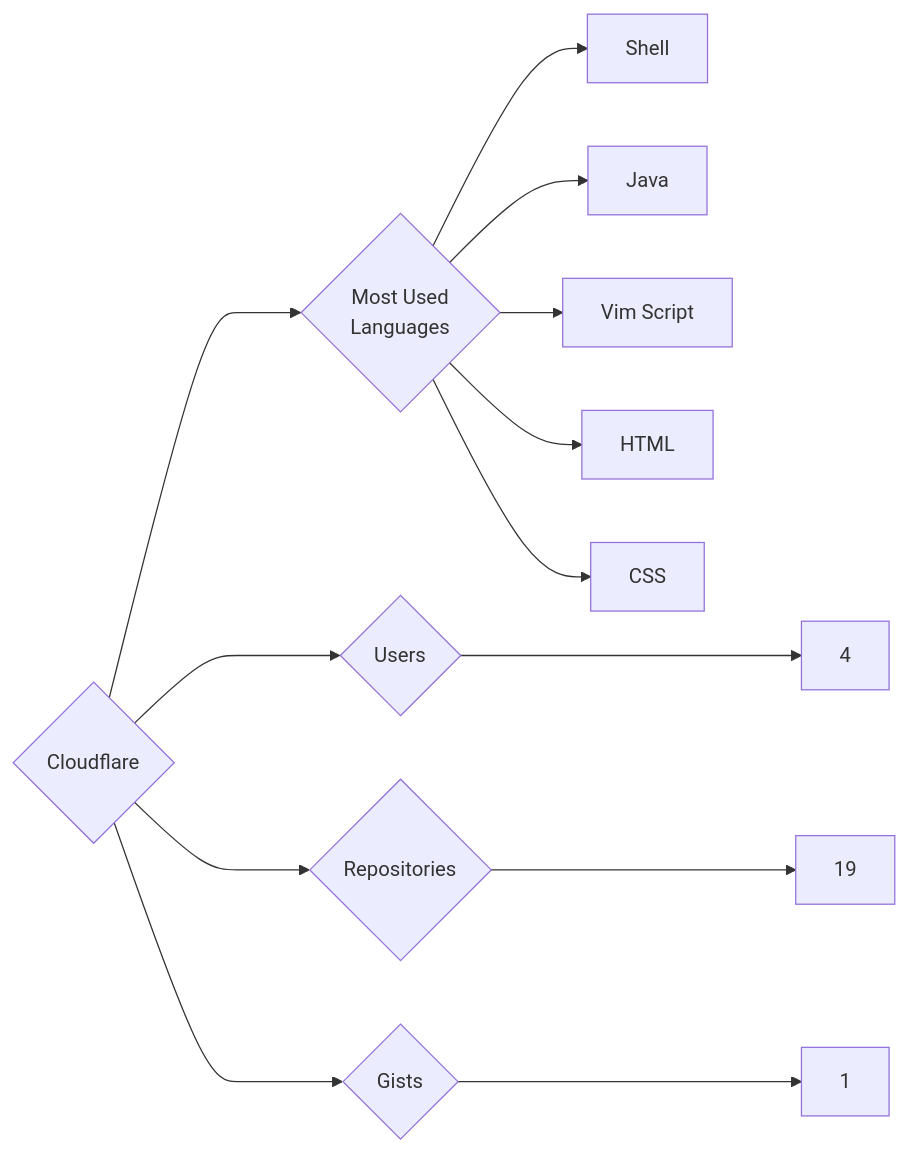
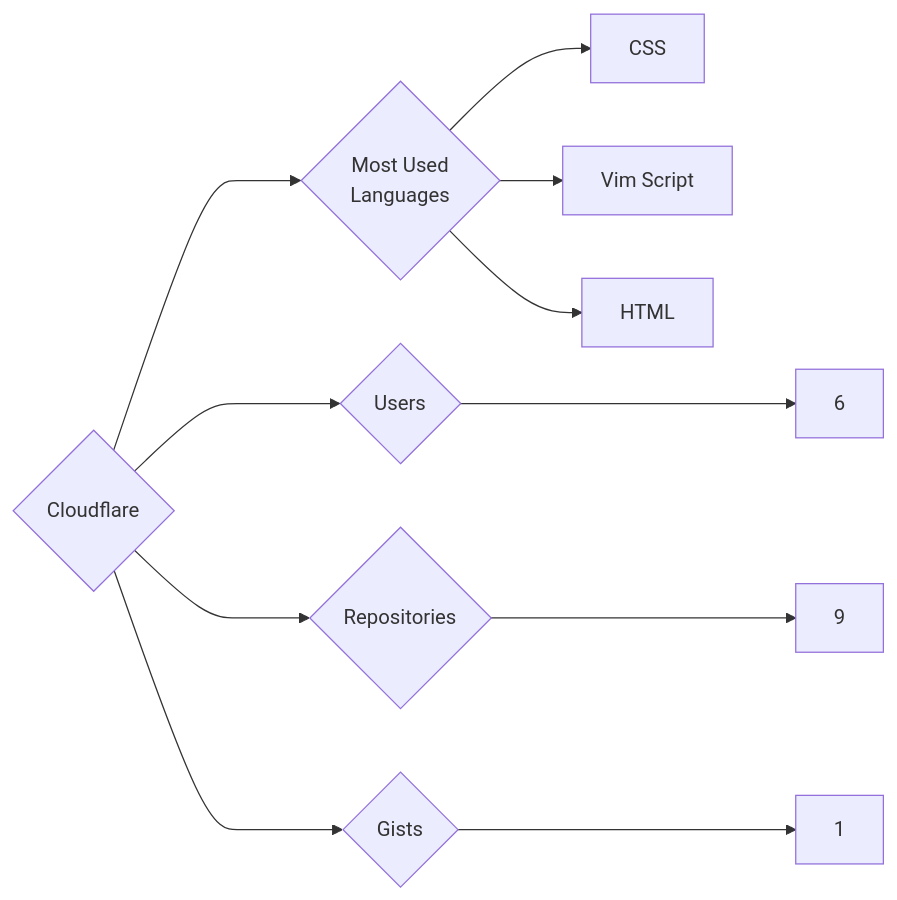
Before and after one commit to trickest/insiders: the diagram in targets/Cloudflare/README.md, drawn with Mermaid. The commit also changed 985 other files, not shown here.

````diff
--- a/targets/Cloudflare/README.md
+++ b/targets/Cloudflare/README.md
@@ -3,13 +3,11 @@
 ```mermaid
 graph LR
 COMPANY_NAME{Cloudflare}
-COMPANY_NAME ---> U{Users} ---> UN[4]
-COMPANY_NAME ---> R{Repositories} ---> RN[19]
+COMPANY_NAME ---> U{Users} ---> UN[6]
+COMPANY_NAME ---> R{Repositories} ---> RN[9]
 COMPANY_NAME ---> G{Gists} ---> GN[1]
 COMPANY_NAME ---> ML{Most Used<br>Languages}
-ML --> Shell[Shell]
-ML --> Java[Java]
+ML --> CSS[CSS]
 ML --> Vim_Script[Vim Script]
 ML --> HTML[HTML]
-ML --> CSS[CSS]
 ```
````
